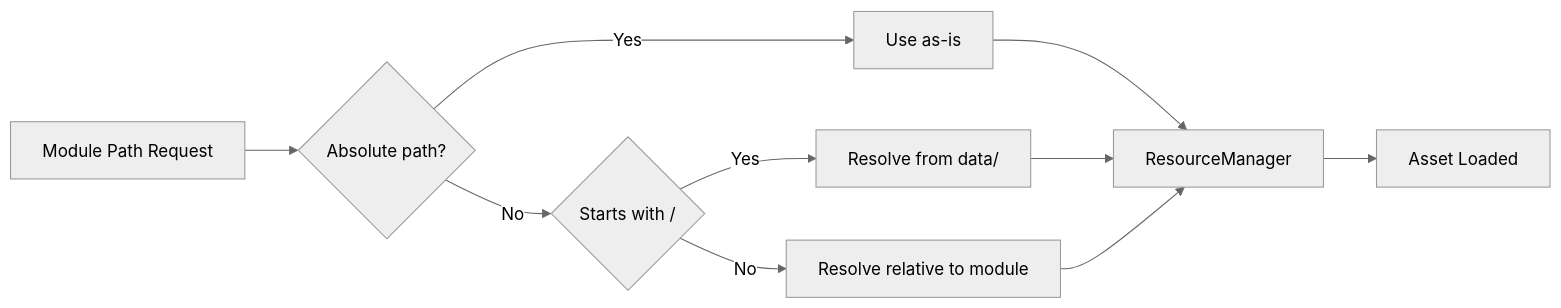
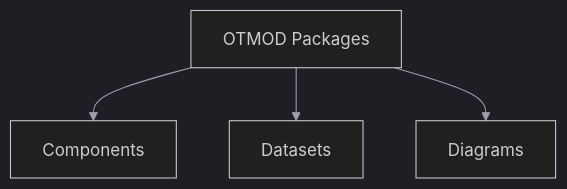
Before and after one commit to lukaszj321/otcv8-dev: the diagram in docs/authoring/12_otmod/index.md, drawn with Mermaid. The commit also changed other lines of this file and 92 other files, not shown here.

````diff
--- a/docs/authoring/12_otmod/index.md
+++ b/docs/authoring/12_otmod/index.md
@@ -143,22 +23,7 @@
 ```{mermaid}
-%%{init: { 'theme': 'neutral', 'themeVariables': { 'primaryTextColor': '#ddd' } }}%%
-flowchart LR
-    A[Module Path Request]
-    B{Absolute path?}
-    C[Use as-is]
-    D{Starts with /}
-    E[Resolve from data/]
-    F[Resolve relative to module]
-    G[ResourceManager]
-    
-    A --> B
-    B -->|Yes| C
-    B -->|No| D
-    D -->|Yes| E
-    D -->|No| F
-    C --> G
-    E --> G
-    F --> G
-    
-    G --> H[Asset Loaded]
+%%{init: {'theme':'dark','securityLevel':'loose','themeVariables':{'primaryTextColor':'#ddd','lineColor':'#9aa0a6'}}}%%
+graph TD
+    A[OTMOD Packages] --> B[Components]
+    A --> C[Datasets]
+    A --> D[Diagrams]
 ```
````
